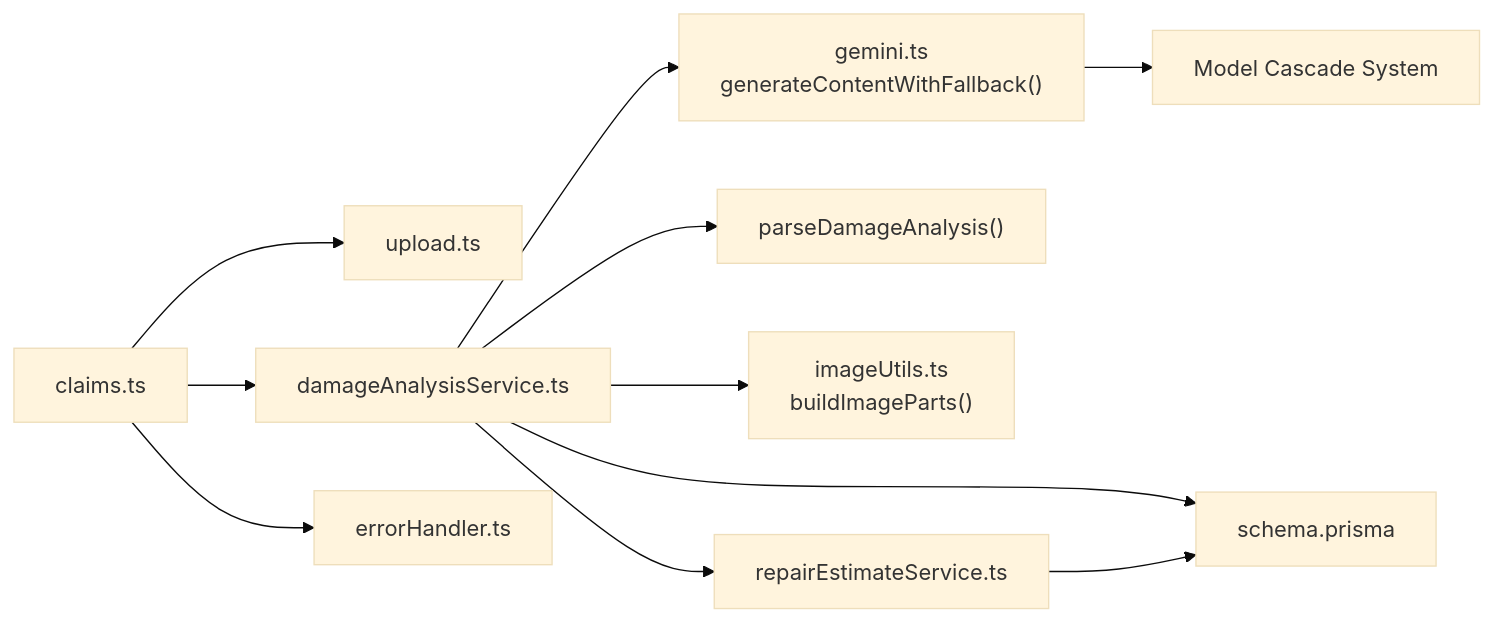
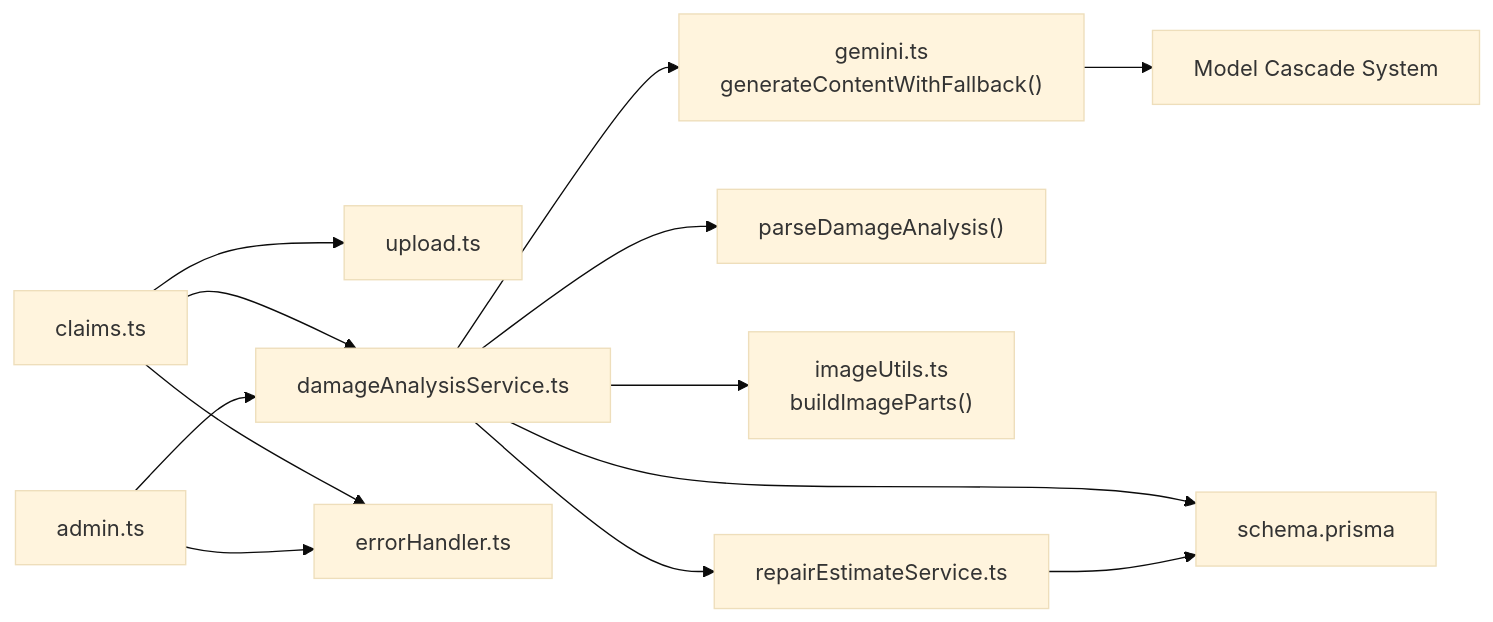
One commit to NaveenHiranya/Smart-Vehicle-Insurance-Claim-System changed the third of 3 diagrams in .qoder/repowiki/en/content/AI Services Integration/Damage Analysis Service.md. Above: the diagram before and after it, drawn with Mermaid (base theme). The commit also changed other lines of this file and 38 other files, not shown here.

````diff
--- a/.qoder/repowiki/en/content/AI Services Integration/Damage Analysis Service.md
+++ b/.qoder/repowiki/en/content/AI Services Integration/Damage Analysis Service.md
@@ -296,13 +334,15 @@
 ```mermaid
 graph LR
 Claims["claims.ts"] --> Upload["upload.ts"]
 Claims --> DamageSvc["damageAnalysisService.ts"]
+Admin["admin.ts"] --> DamageSvc
 DamageSvc --> Fallback["gemini.ts<br/>generateContentWithFallback()"]
 DamageSvc --> Parser["parseDamageAnalysis()"]
 DamageSvc --> ImageUtils["imageUtils.ts<br/>buildImageParts()"]
 Fallback --> ModelCascade["Model Cascade System"]
 DamageSvc --> PrismaDB["schema.prisma"]
 DamageSvc --> RepairSvc["repairEstimateService.ts"]
 RepairSvc --> PrismaDB
 Claims --> ErrorHandler["errorHandler.ts"]
+Admin --> ErrorHandler
 ```
````
